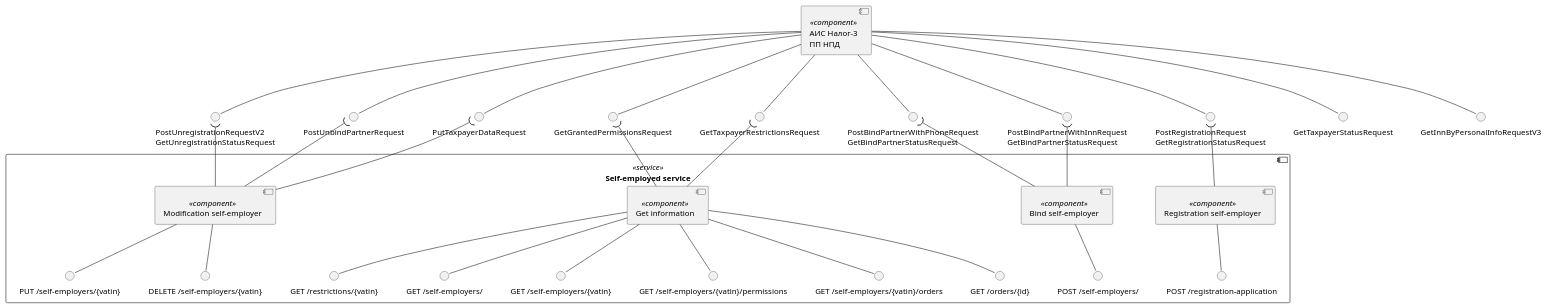
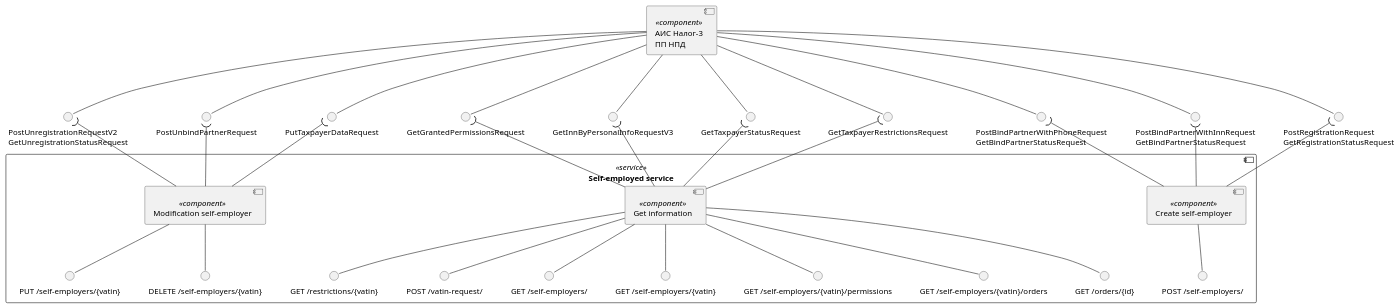
Before and after one commit to RaikBitters/ibank-internal-services: the first of 6 diagrams in diagrams/self-employed-service/components.puml, drawn with PlantUML. The commit also changed other lines of this file and 11 other files, not shown here.

Commit message:
Patched diagrams.

```diff
--- a/diagrams/self-employed-service/components.puml
+++ b/diagrams/self-employed-service/components.puml
@@ -5,71 +1,72 @@
 @startuml self-employer-components
 
 component "АИС Налог-3\nПП НПД" as Tax3 <<component>>
 interface "GetTaxpayerRestrictionsRequest" as getTaxpayerRestrictions
 interface "PostRegistrationRequest\nGetRegistrationStatusRequest" as postTaxpayerRegistration
 interface "GetTaxpayerStatusRequest" as getTaxpayerStatus
 interface "PutTaxpayerDataRequest" as putTaxpayerData
 interface "GetGrantedPermissionsRequest" as getGrantedPermission
 interface "GetInnByPersonalInfoRequestV3" as getInnByPersonalInfo
 interface "PostBindPartnerWithInnRequest\nGetBindPartnerStatusRequest" as postPartnerBindInn
 interface "PostBindPartnerWithPhoneRequest\nGetBindPartnerStatusRequest" as postPartnerBindPhone
 interface "PostUnbindPartnerRequest" as postPartnerUnbind
 interface "PostUnregistrationRequestV2\nGetUnregistrationStatusRequest" as postTaxpayerUnregistration
 
 Tax3 --() getTaxpayerRestrictions
 Tax3 --() postTaxpayerRegistration
 Tax3 --() getTaxpayerStatus
 Tax3 --() putTaxpayerData
 Tax3 --() postPartnerBindInn
 Tax3 --() postPartnerBindPhone
 Tax3 --() postTaxpayerUnregistration
 Tax3 --() postPartnerUnbind
 Tax3 --() getGrantedPermission
 Tax3 --() getInnByPersonalInfo
 
 component "Self-employed service" as SelfEmplService <<service>> {
 
-component "Registration self-employer" as Registration <<component>>
-interface "POST /registration-application" as postRegistrationApplication
-Registration --() postRegistrationApplication
-Registration -up-( postTaxpayerRegistration
+component "Create self-employer" as CreateSelfEmpl <<component>>
+interface "POST /self-employers/" as postSelfEmpls
+CreateSelfEmpl --() postSelfEmpls
 
-component "Bind self-employer" as Bind <<component>>
-interface "POST /self-employers/" as postSelfEmpls
-Bind --() postSelfEmpls
-Bind -up-( postPartnerBindInn
-Bind -up-( postPartnerBindPhone
+CreateSelfEmpl -up-( postTaxpayerRegistration
+CreateSelfEmpl -up-( postPartnerBindInn
+CreateSelfEmpl -up-( postPartnerBindPhone
 
 component "Get information" as Information <<component>>
 interface "GET /restrictions/{vatin}" as getRestrictions
+interface "POST /vatin-request/" as postVatinRequest
 interface "GET /self-employers/" as getSelfEmpls
 interface "GET /self-employers/{vatin}" as getSelfEmplsId
 interface "GET /self-employers/{vatin}/permissions" as getSelfEmplsIdPermission
 interface "GET /self-employers/{vatin}/orders" as getSelfEmplsIdOrders
 interface "GET /orders/{id}" as getOrdersId
 
 Information --() getSelfEmpls
 Information --() getSelfEmplsId
 Information --() getOrdersId
 Information --() getSelfEmplsIdOrders
 Information --() getSelfEmplsIdPermission
 Information --() getRestrictions
+Information --() postVatinRequest
 
 Information -up-( getTaxpayerRestrictions
+Information -up-( getTaxpayerStatus
+Information -up-( getInnByPersonalInfo
 Information -up-( getGrantedPermission
 
 
 Component "Modification self-employer" as Modification <<component>>
 interface "PUT /self-employers/{vatin}" as putSelfEmplsId
 interface "DELETE /self-employers/{vatin}" as delSelfEmplsId
 
 Modification --() putSelfEmplsId
 Modification --() delSelfEmplsId
 
 Modification -up-( putTaxpayerData
 Modification -up-( postPartnerUnbind
 Modification -up-( postTaxpayerUnregistration
 
 }
 
 @enduml
```
